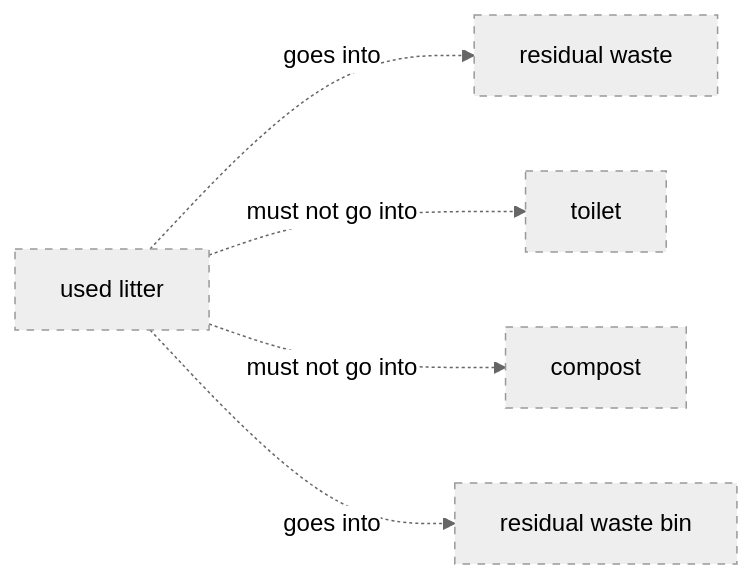
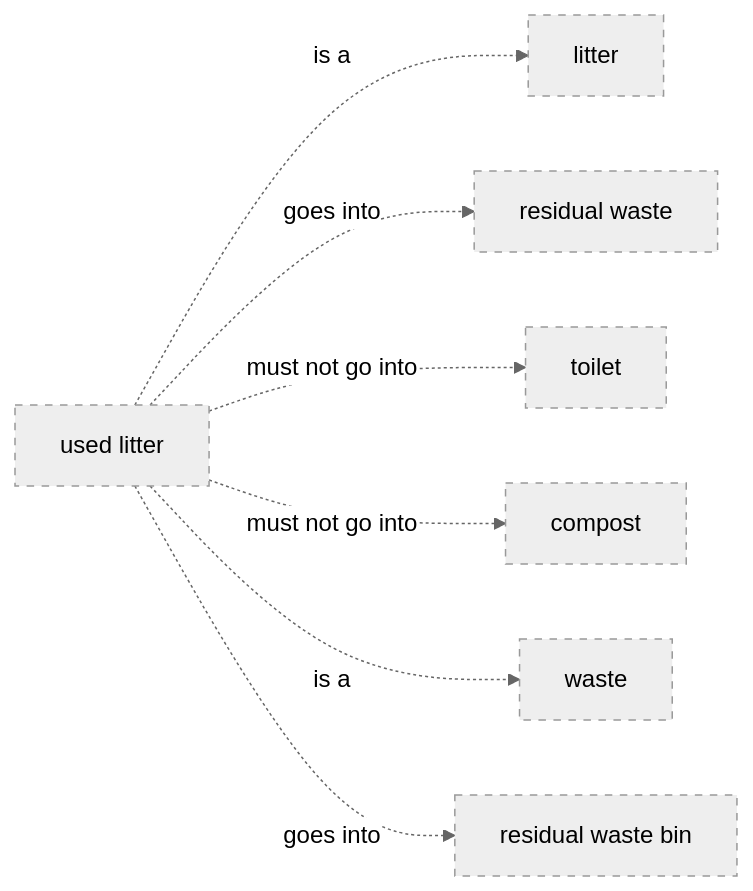
One commit to belaboros/DomainAiAssistant changed diagram 42 of 57 in data/ontology-pets-and-house-rules/03_release/00_raw/level-2.md. Above: the diagram before and after it, drawn with Mermaid (neutral theme). The commit also changed other lines of this file and 16 other files, not shown here.

First line of the commit message:
T39 (spec 0002): level diagrams near 16:9, is-a edges in relation diagrams

````diff
--- a/data/ontology-pets-and-house-rules/03_release/00_raw/level-2.md
+++ b/data/ontology-pets-and-house-rules/03_release/00_raw/level-2.md
@@ -682,14 +724,18 @@
 ```mermaid
 flowchart LR
     classDef draft stroke-dasharray: 5 5
     cn_01M82H1MQPVEX27Q0YHCNZ9WE5["compost"]
+    cn_01M82GY6D4FG58KKX81F7CX0F4["litter"]
     cn_01M82H1MQPVEX27Q0YHCNZ9WE3["residual waste"]
     cn_01M82HBAX7NMYFG8GE4P9Y56F8["residual waste bin"]
     cn_01M82H1MQPVEX27Q0YHCNZ9WE4["toilet"]
     cn_01M82H1MQPVEX27Q0YHCNZ9WE1["used litter"]
+    cn_01M82HBAX7NMYFG8GE4P9Y56F3["waste"]
+    cn_01M82H1MQPVEX27Q0YHCNZ9WE1 -. "is a" .-> cn_01M82GY6D4FG58KKX81F7CX0F4
     cn_01M82H1MQPVEX27Q0YHCNZ9WE1 -. "goes into" .-> cn_01M82H1MQPVEX27Q0YHCNZ9WE3
     cn_01M82H1MQPVEX27Q0YHCNZ9WE1 -. "must not go into" .-> cn_01M82H1MQPVEX27Q0YHCNZ9WE4
     cn_01M82H1MQPVEX27Q0YHCNZ9WE1 -. "must not go into" .-> cn_01M82H1MQPVEX27Q0YHCNZ9WE5
+    cn_01M82H1MQPVEX27Q0YHCNZ9WE1 -. "is a" .-> cn_01M82HBAX7NMYFG8GE4P9Y56F3
     cn_01M82H1MQPVEX27Q0YHCNZ9WE1 -. "goes into" .-> cn_01M82HBAX7NMYFG8GE4P9Y56F8
-    class cn_01M82H1MQPVEX27Q0YHCNZ9WE5,cn_01M82H1MQPVEX27Q0YHCNZ9WE3,cn_01M82HBAX7NMYFG8GE4P9Y56F8,cn_01M82H1MQPVEX27Q0YHCNZ9WE4,cn_01M82H1MQPVEX27Q0YHCNZ9WE1 draft
+    class cn_01M82H1MQPVEX27Q0YHCNZ9WE5,cn_01M82GY6D4FG58KKX81F7CX0F4,cn_01M82H1MQPVEX27Q0YHCNZ9WE3,cn_01M82HBAX7NMYFG8GE4P9Y56F8,cn_01M82H1MQPVEX27Q0YHCNZ9WE4,cn_01M82H1MQPVEX27Q0YHCNZ9WE1,cn_01M82HBAX7NMYFG8GE4P9Y56F3 draft
 ```
````
